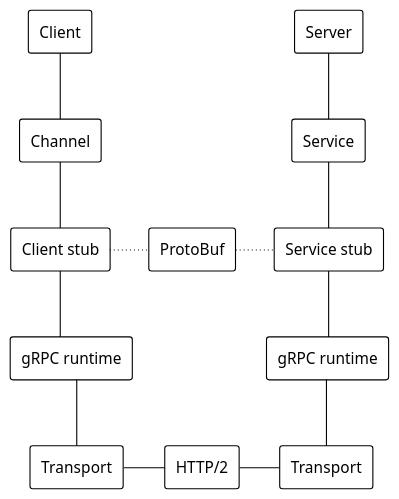
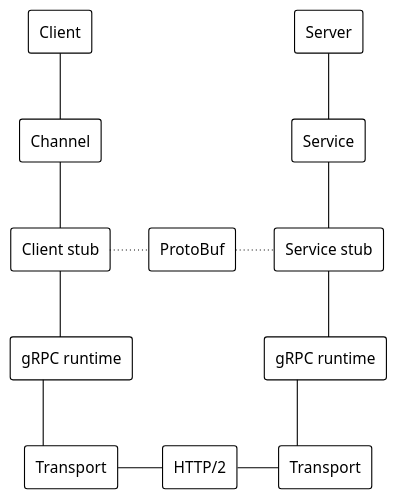
Before and after one commit to c0p4c4b4n4/grpc-grpc-java: the diagram in images/gRPC.puml, drawn with PlantUML. The commit also changed 1 other file, not shown here.

```diff
--- a/images/gRPC.puml
+++ b/images/gRPC.puml
@@ -1,39 +1,45 @@
 @startuml
 !theme plain
 '!pragma layout smetana
 scale 1.1
 skinparam defaultTextAlignment center
 skinparam linetype ortho
 
 rectangle "Client" as C0
 rectangle "Channel" as C1
 rectangle "Client stub" as C2
 rectangle "gRPC runtime" as C3
 rectangle "Transport" as C4
 
 rectangle "Server" as S0
 rectangle "Service" as S1
 rectangle "Service stub" as S2
 rectangle "gRPC runtime" as S3
 rectangle "Transport" as S4
 
 rectangle "ProtoBuf" as P
 rectangle "HTTP/2" as H
 
 C0 -down- C1
 C1 -down- C2
 C2 -down- C3
 C3 -down- C4
+C3 -[hidden]down- C4
+C3 -[hidden]down- C4
+C3 -[hidden]down- C4
 
 S0 -down- S1
 S1 -down- S2
 S2 -down- S3
 S3 -down- S4
+S3 -[hidden]down- S4
+S3 -[hidden]down- S4
+S3 -[hidden]down- S4
 
 C2 -[dotted]right- P
 P -[dotted]right- S2
 
-C4 --right-- H
-H --right-- S4
+C4 -right- H
+H -right- S4
 
 @enduml
```
